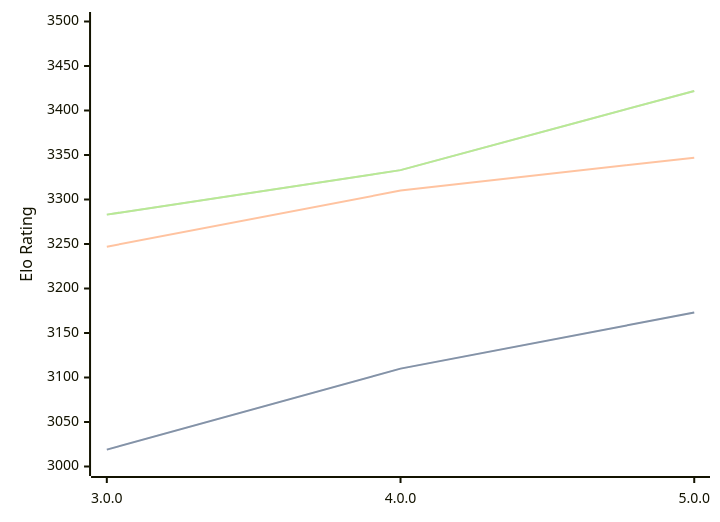
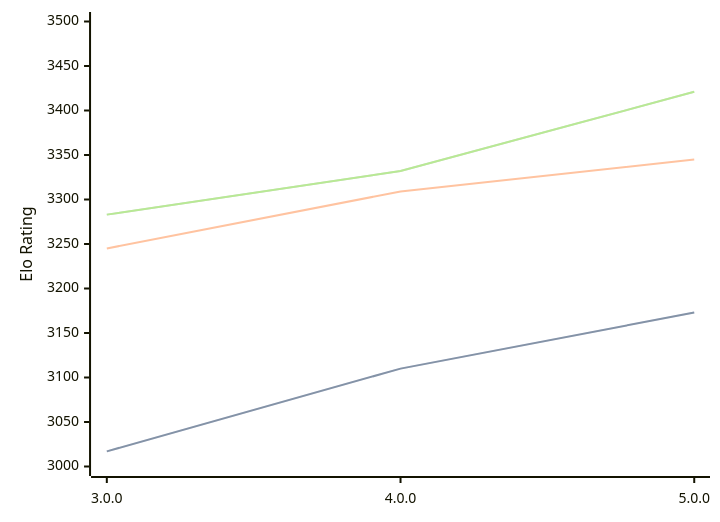
One commit to computer-chess-index/cci changed the diagram in engines/Minke.md. Above: the diagram before and after it, drawn with Mermaid. The commit also changed other lines of this file, not shown here.

Commit message:
Update CCI Ratings (ELO VLTC) - 2026-03-15

````diff
--- a/engines/Minke.md
+++ b/engines/Minke.md
@@ -33,11 +33,11 @@
 ```mermaid
 %%{init: {"theme":"base","themeVariables":{"seriesColors:['#a3a3a3','#222221','#faa371']}}}%%
 xychart-beta
   x-axis ["3.0.0", "4.0.0", "5.0.0"]
   y-axis "Elo Rating" 3000 --> 3500
-  line "STC (8.0+0.08s)" [3019, 3110, 3173]
-  line "STC (8.0+0.08s)" [3019, 3110, 3173]
-  line "LTC (60.0+0.60s)" [3247, 3310, 3347]
-  line "VLTC (2m24s+1.12s)" [3283, 3333, 3422]
-  line "VLTC (2m24s+1.12s)" [3283, 3333, 3422]
+  line "STC (8.0+0.08s)" [3017, 3110, 3173]
+  line "STC (8.0+0.08s)" [3017, 3110, 3173]
+  line "LTC (60.0+0.60s)" [3245, 3309, 3345]
+  line "VLTC (2m24s+1.12s)" [3283, 3332, 3421]
+  line "VLTC (2m24s+1.12s)" [3283, 3332, 3421]
 ```
````
